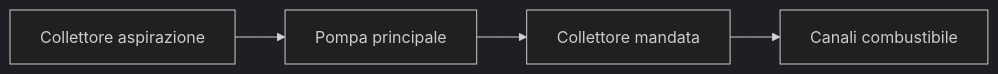
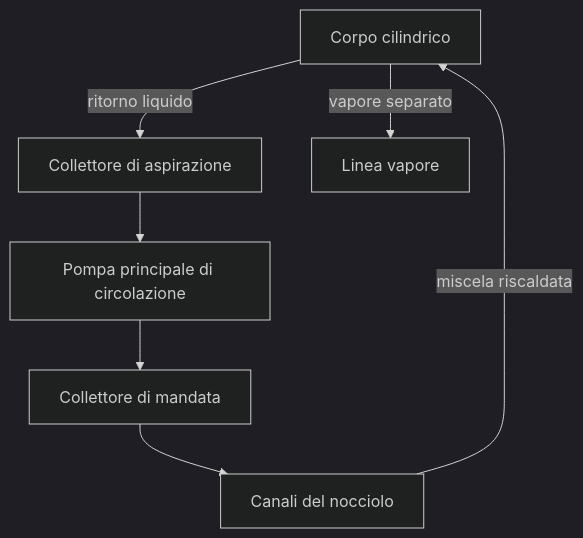
One commit to archistico/NuclearReactorSimulator changed the fifth of 19 diagrams in docs/usermanual/MANUALE_UTENTE_NUCLEAR_REACTOR_SIMULATOR.md. Above: the diagram before and after it, drawn with Mermaid (dark theme). The commit also changed other lines of this file and 4 other files, not shown here.

````diff
--- a/docs/usermanual/MANUALE_UTENTE_NUCLEAR_REACTOR_SIMULATOR.md
+++ b/docs/usermanual/MANUALE_UTENTE_NUCLEAR_REACTOR_SIMULATOR.md
@@ -491,6 +260,9 @@
 ```mermaid
-flowchart LR
-    S[Collettore aspirazione] --> MCP[Pompa principale]
-    MCP --> P[Collettore mandata]
-    P --> CH[Canali combustibile]
+flowchart TD
+    D["Corpo cilindrico"] -->|"ritorno liquido"| S["Collettore di aspirazione"]
+    S --> P["Pompa principale di circolazione"]
+    P --> M["Collettore di mandata"]
+    M --> C["Canali del nocciolo"]
+    C -->|"miscela riscaldata"| D
+    D -->|"vapore separato"| V["Linea vapore"]
 ```
````
